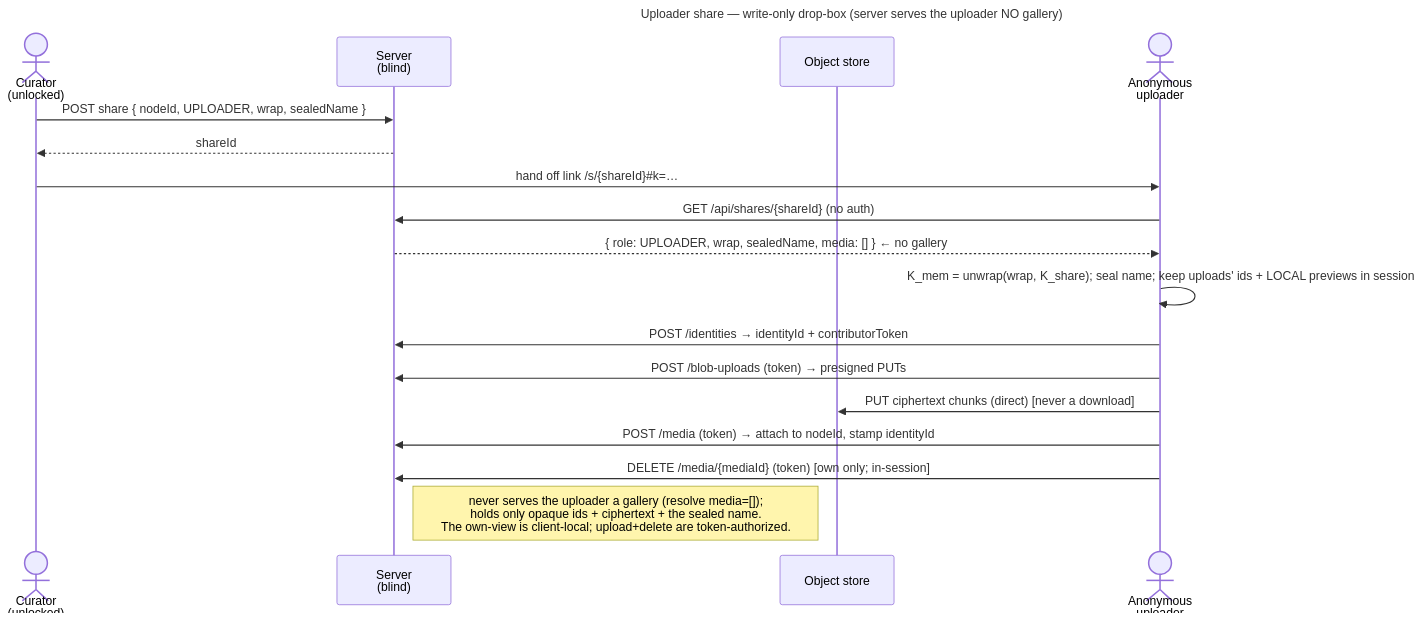
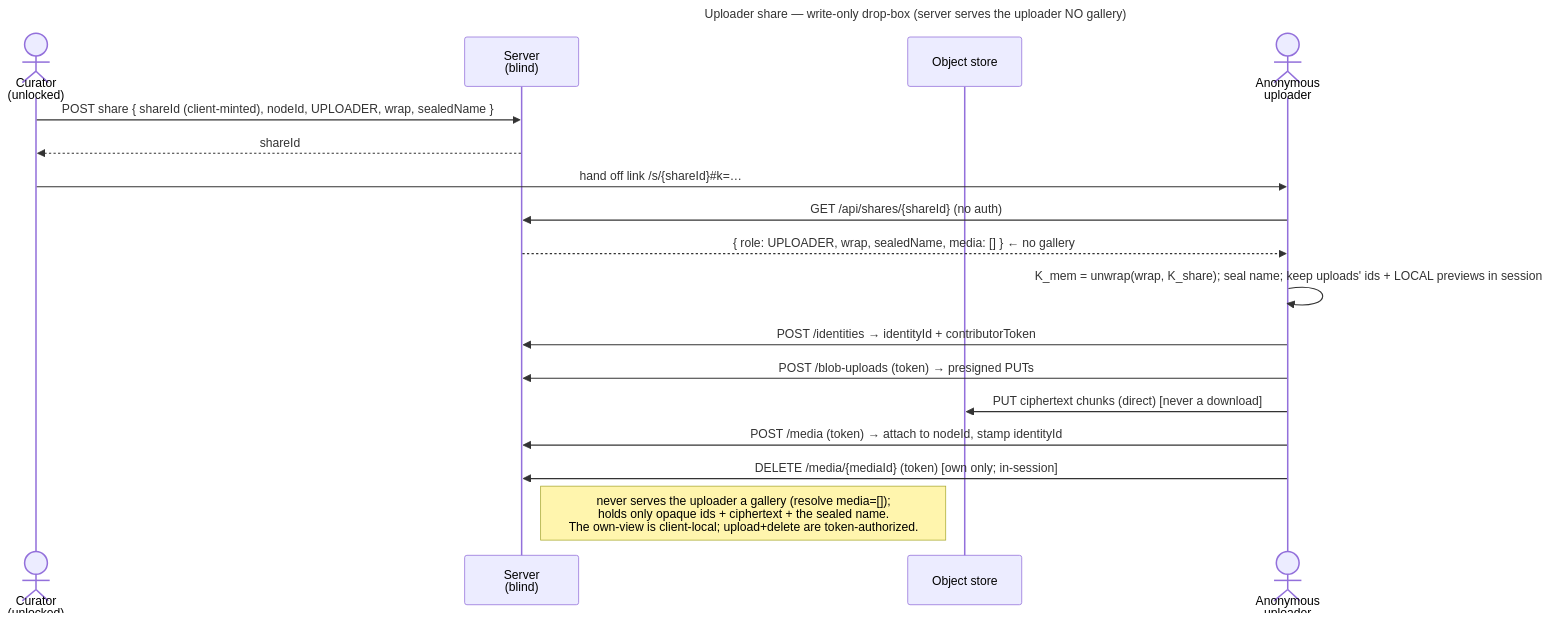
The diagram in docs/features/sharing/use-cases/uc.sharing.share-uploader.md (raddatzk/veyq), drawn with Mermaid before and after one commit. The commit also changed other lines of this file and 19 other files, not shown here.

````diff
--- a/docs/features/sharing/use-cases/uc.sharing.share-uploader.md
+++ b/docs/features/sharing/use-cases/uc.sharing.share-uploader.md
@@ -43,22 +43,22 @@
 ```mermaid
 ---
 title: Uploader share — write-only drop-box (server serves the uploader NO gallery)
 ---
 sequenceDiagram
   actor C as Curator<br>(unlocked)
   participant S as Server<br>(blind)
   participant O as Object store
   actor V as Anonymous<br>uploader
-  C->>S: POST share { nodeId, UPLOADER, wrap, sealedName }
+  C->>S: POST share { shareId (client-minted), nodeId, UPLOADER, wrap, sealedName }
   S-->>C: shareId
   C->>V: hand off link /s/{shareId}#35;k=…
   V->>S: GET /api/shares/{shareId}   (no auth)
   S-->>V: { role: UPLOADER, wrap, sealedName, media: [] }   ← no gallery
   V->>V: K_mem = unwrap(wrap, K_share)#59; seal name#59; keep uploads' ids + LOCAL previews in session
   V->>S: POST /identities → identityId + contributorToken
   V->>S: POST /blob-uploads (token) → presigned PUTs
   V->>O: PUT ciphertext chunks (direct)   [never a download]
   V->>S: POST /media (token) → attach to nodeId, stamp identityId
   V->>S: DELETE /media/{mediaId} (token)   [own only#59; in-session]
   Note right of S: never serves the uploader a gallery (resolve media=[])#59;<br>holds only opaque ids + ciphertext + the sealed name.<br>The own-view is client-local#59; upload+delete are token-authorized.
 ```
````
